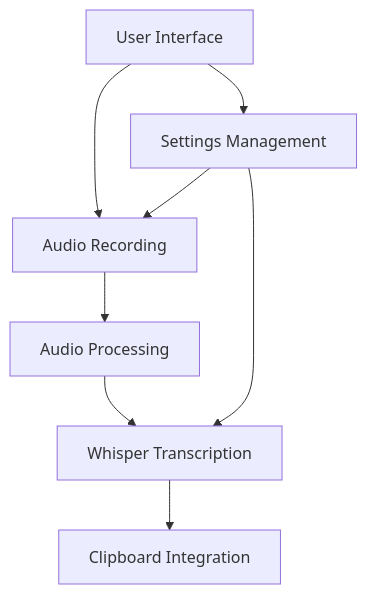
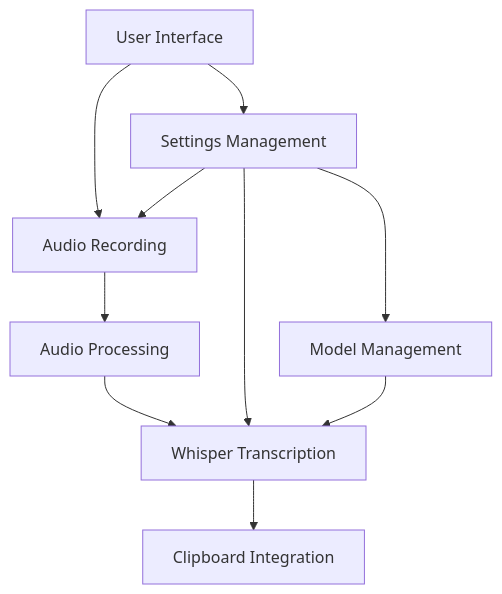
Before and after one commit to Zebastjan/Syllablaze: the first of 6 diagrams in docs/systemPatterns.md, drawn with Mermaid. The commit also changed other lines of this file and 6 other files, not shown here.

````diff
--- a/docs/systemPatterns.md
+++ b/docs/systemPatterns.md
@@ -9,10 +9,12 @@
 ```mermaid
 flowchart TD
     A[User Interface] --> B[Audio Recording]
     A --> C[Settings Management]
     B --> D[Audio Processing]
     D --> E[Whisper Transcription]
     E --> F[Clipboard Integration]
     C --> B
     C --> E
+    C --> G[Model Management]
+    G --> E
 ```
````
